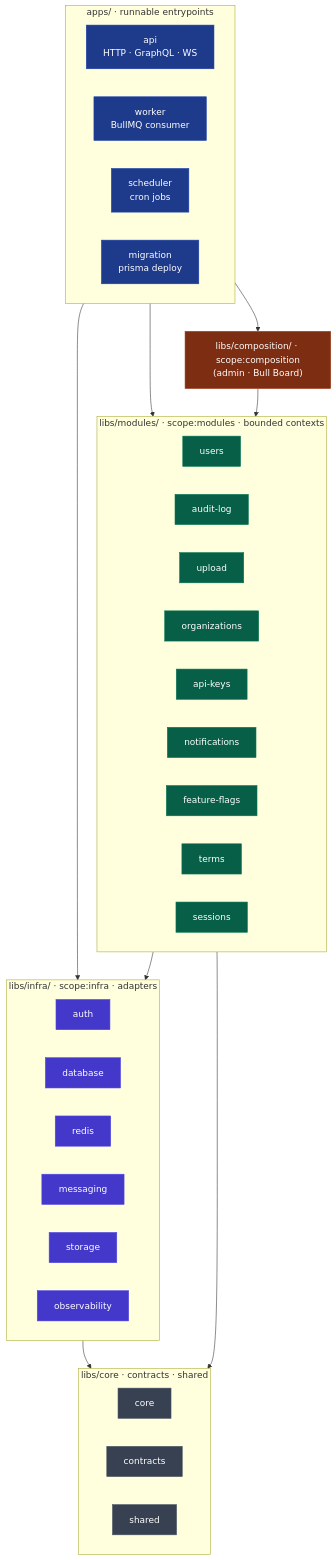
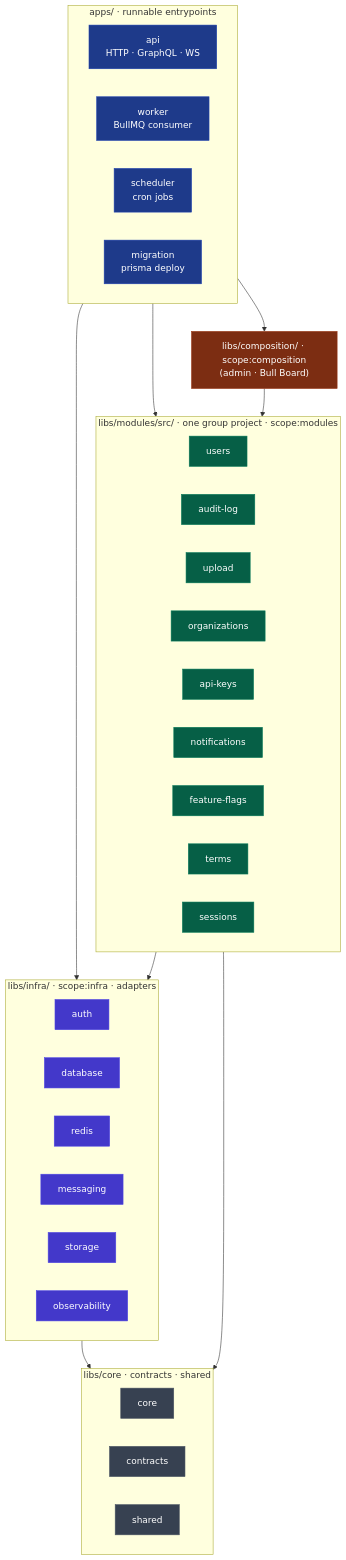
One commit to chuanghiduoc/nestjs-fastify-nx changed the first of 6 diagrams in docs/architecture.md. Above: the diagram before and after it, drawn with Mermaid. The commit also changed other lines of this file and 12 other files, not shown here.

Commit message:
docs: describe the folder-module architecture

````diff
--- a/docs/architecture.md
+++ b/docs/architecture.md
@@ -50,61 +51,61 @@
 ```mermaid
 flowchart TD
     subgraph apps["apps/ · runnable entrypoints"]
         direction LR
         api["api<br/>HTTP · GraphQL · WS"]
         worker["worker<br/>BullMQ consumer"]
         scheduler["scheduler<br/>cron jobs"]
         migration["migration<br/>prisma deploy"]
     end
 
     comp["libs/composition/ · scope:composition<br/>(admin · Bull Board)"]
 
-    subgraph modules["libs/modules/ · scope:modules · bounded contexts"]
+    subgraph modules["libs/modules/src/ · one group project · scope:modules"]
         direction LR
         users["users"]
         audit["audit-log"]
         upload["upload"]
         orgs["organizations"]
         apikeys["api-keys"]
         notif["notifications"]
         flags["feature-flags"]
         terms["terms"]
         sess["sessions"]
     end
 
     subgraph infra["libs/infra/ · scope:infra · adapters"]
         direction LR
         infraAuth["auth"]
         database["database"]
         redis["redis"]
         messaging["messaging"]
         storage["storage"]
         observability["observability"]
     end
 
     subgraph foundation["libs/core · contracts · shared"]
         direction LR
         core["core"]
         contracts["contracts"]
         shared["shared"]
     end
 
     apps --> comp
     apps --> modules
     apps --> infra
     comp --> modules
     modules --> infra
     infra --> foundation
     modules --> foundation
 
     classDef appBox fill:#1e3a8a,stroke:#1e40af,color:#fff;
     classDef compBox fill:#7c2d12,stroke:#9a3412,color:#fff;
     classDef modBox fill:#065f46,stroke:#047857,color:#fff;
     classDef infraBox fill:#4338ca,stroke:#4f46e5,color:#fff;
     classDef baseBox fill:#374151,stroke:#4b5563,color:#fff;
     class api,worker,scheduler,migration appBox;
     class comp compBox;
     class users,audit,upload,orgs,apikeys,notif,flags,terms,sess modBox;
     class infraAuth,database,redis,messaging,storage,observability infraBox;
     class core,contracts,shared baseBox;
 ```
````
